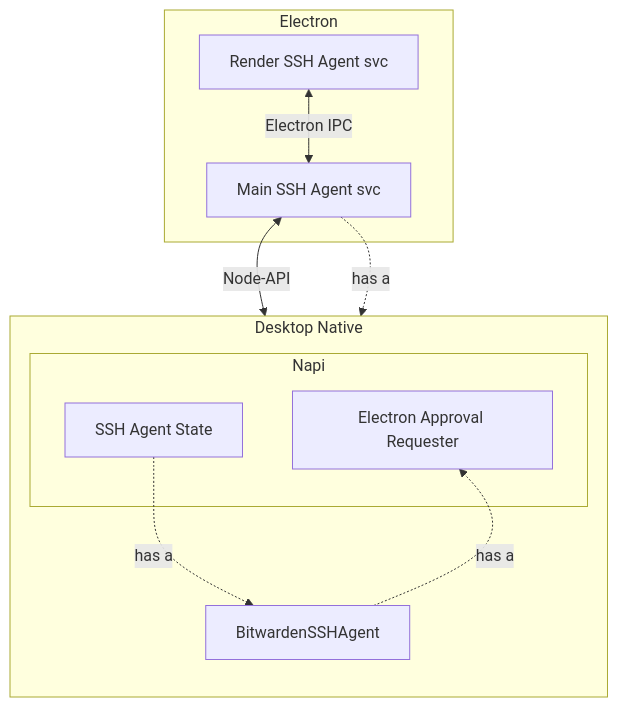
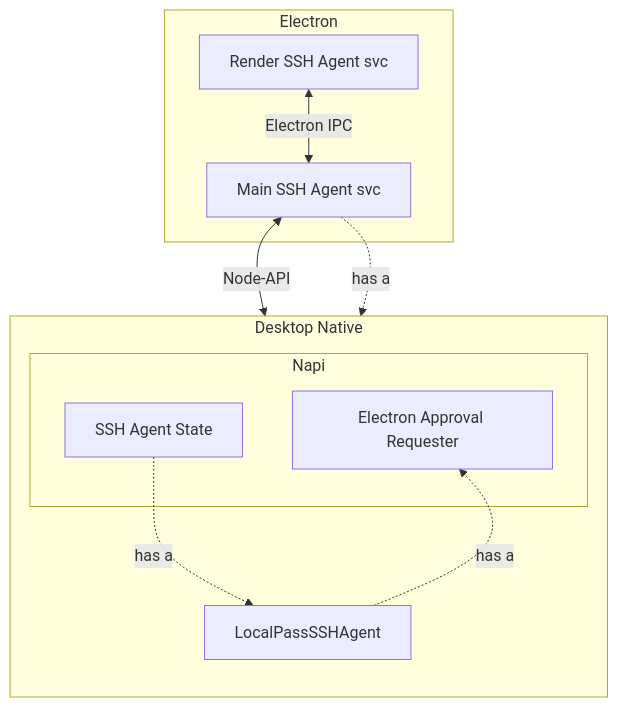
The first of 3 diagrams in apps/desktop/desktop_native/ssh_agent/README.md (xieboss778/LocalPassword), drawn with Mermaid before and after one commit. The commit also changed other lines of this file and 3480 other files, not shown here.

Commit message:
chore: 全局改名 LocalPassword → LocalPass（包作用域、标识符、文档、迁移脚本与语言包）

````diff
--- a/apps/desktop/desktop_native/ssh_agent/README.md
+++ b/apps/desktop/desktop_native/ssh_agent/README.md
@@ -19,23 +19,23 @@
 ```mermaid
   flowchart TB
       subgraph Electron
           RenderSvc[Render SSH Agent svc]
           MainSvc[Main SSH Agent svc]
           RenderSvc <-->|Electron IPC| MainSvc
       end
 
       subgraph DesktopNative[Desktop Native]
           direction TB
           subgraph Napi
               ApprovalRequester[Electron Approval Requester]
               AgentState[SSH Agent State]
           end
-          BitwardenSSHAgent[BitwardenSSHAgent]
-          Napi ~~~ BitwardenSSHAgent
-          BitwardenSSHAgent -.->|has a| ApprovalRequester
-          AgentState -.->|has a| BitwardenSSHAgent
+          LocalPassSSHAgent[LocalPassSSHAgent]
+          Napi ~~~ LocalPassSSHAgent
+          LocalPassSSHAgent -.->|has a| ApprovalRequester
+          AgentState -.->|has a| LocalPassSSHAgent
       end
 
       MainSvc <-->|Node-API| ApprovalRequester
       MainSvc -.->|has a| AgentState
 ```
````
